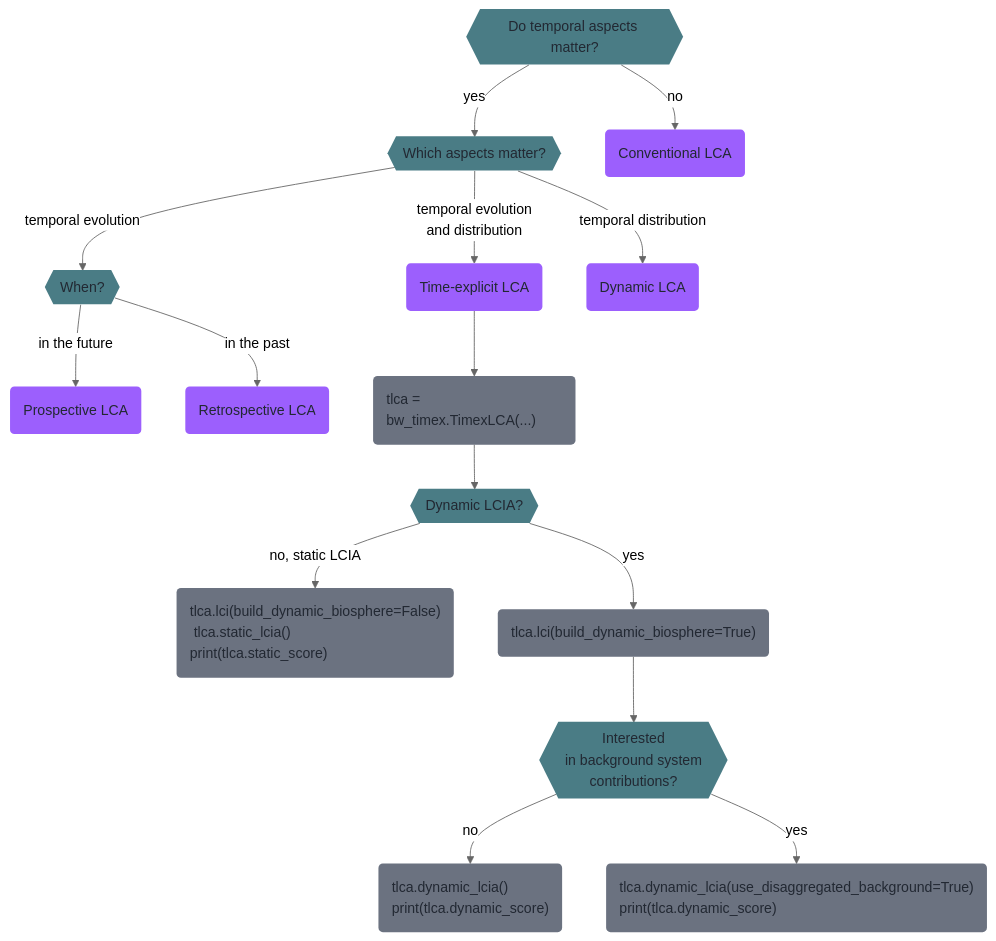
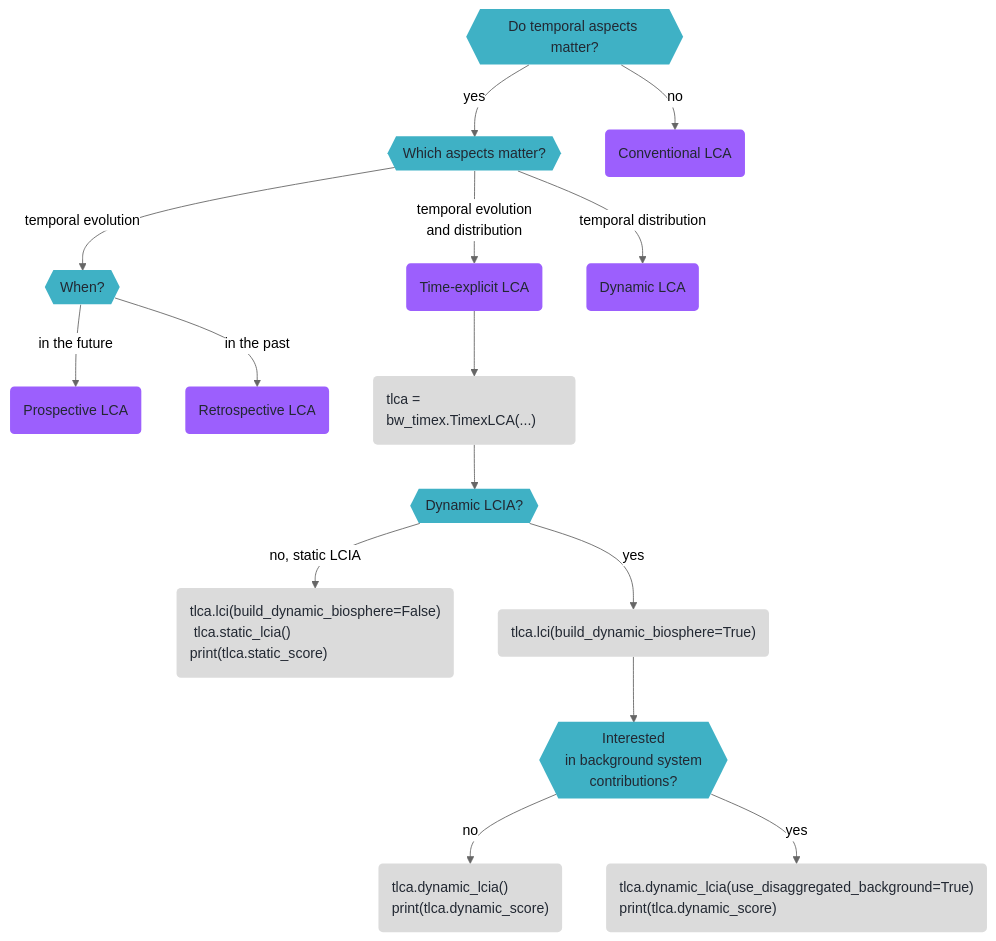
One commit to brightway-lca/bw_timex changed the first of 3 diagrams in docs/content/decisiontree.md. Above: the diagram before and after it, drawn with Mermaid (neutral theme). The commit also changed 1 other file, not shown here.

Commit message:
docs: revert fill-color hack, force codeNode text black via verified CSS fix
Reverted the darkened decision/codeNode fills back to the original
teal/purple/light-gray.

Rendered the diagram locally with mermaid-cli to get ground truth
instead of guessing: every flowchart node - not just hexagons or
multi-line labels - renders its text as <span class="nodeLabel">
inside a foreignObject. The theme's '.nodeLabel { color:
var(--md-mermaid-label-fg-color) }' rule (which tracks the page's
default text color and flips with the color scheme) is an explicit
rule on that span and always beats an inherited classDef color,
regardless of selector specificity.

That's fine on saturated fills, but codeNode's near-white gray
(#DBDBDB) goes invisible with dark-scheme (light) text. Force just
that label's color to black, unconditionally, confirmed against the
actual DOM structure mermaid-cli produced.

````diff
--- a/docs/content/decisiontree.md
+++ b/docs/content/decisiontree.md
@@ -9,41 +9,41 @@
 ```mermaid
 flowchart TD
     %% Define node classes
-    classDef decision color:#222832, fill:#4a7c85, stroke:none;
+    classDef decision color:#222832, fill:#3fb1c5, stroke:none;
     classDef lcaType color:#222832, fill:#9c5ffd, stroke:none;
-    classDef codeNode color:#222832, fill:#6b7280, text-align:left, stroke:none;
+    classDef codeNode color:#222832, fill:#DBDBDB, text-align:left, stroke:none;
 
     TimingDecision{{"Do temporal aspects matter?"}}:::decision
     AspectDecision{{"Which aspects matter?"}}:::decision
     ConventionalLCA("Conventional LCA"):::lcaType
     WhenDecision{{"When?"}}:::decision
     ProspectiveLCA("Prospective LCA"):::lcaType
     RetrospectiveLCA("Retrospective LCA"):::lcaType
     TimeExplicitLCA("Time-explicit LCA"):::lcaType
     CodeTimeExplicit("tlca = bw_timex.TimexLCA(...)"):::codeNode
     DynamicLCA("Dynamic LCA"):::lcaType
     DynamicLCIADecision{{"Dynamic LCIA?"}}:::decision
     CodeStaticLCIA("tlca.lci(build_dynamic_biosphere=False)\n tlca.static_lcia()\nprint(tlca.static_score)"):::codeNode
     CodeDynamicLCI("tlca.lci(build_dynamic_biosphere=True)"):::codeNode
     BackgroundDecision{{"Interested \n in background system \n contributions?"}}:::decision
     CodeDynamicLCIA("tlca.dynamic_lcia()\nprint(tlca.dynamic_score)"):::codeNode
     CodeDisaggregatedLCIA("tlca.dynamic_lcia(use_disaggregated_background=True)\nprint(tlca.dynamic_score)"):::codeNode
 
 
 
     %% Define connections
     TimingDecision -- "yes" --> AspectDecision
     TimingDecision -- "no" --> ConventionalLCA
     AspectDecision -- "temporal evolution" --> WhenDecision
     AspectDecision -- "temporal distribution" --> DynamicLCA
     AspectDecision -- "temporal evolution \n and distribution" --> TimeExplicitLCA
     WhenDecision -- "in the future" --> ProspectiveLCA
     WhenDecision -- "in the past" --> RetrospectiveLCA
     TimeExplicitLCA --> CodeTimeExplicit
     CodeTimeExplicit --> DynamicLCIADecision
     DynamicLCIADecision -- "no, static LCIA" --> CodeStaticLCIA
     DynamicLCIADecision -- "yes" --> CodeDynamicLCI
     CodeDynamicLCI --> BackgroundDecision
     BackgroundDecision -- "no" --> CodeDynamicLCIA
     BackgroundDecision -- "yes" --> CodeDisaggregatedLCIA
 ```
````
